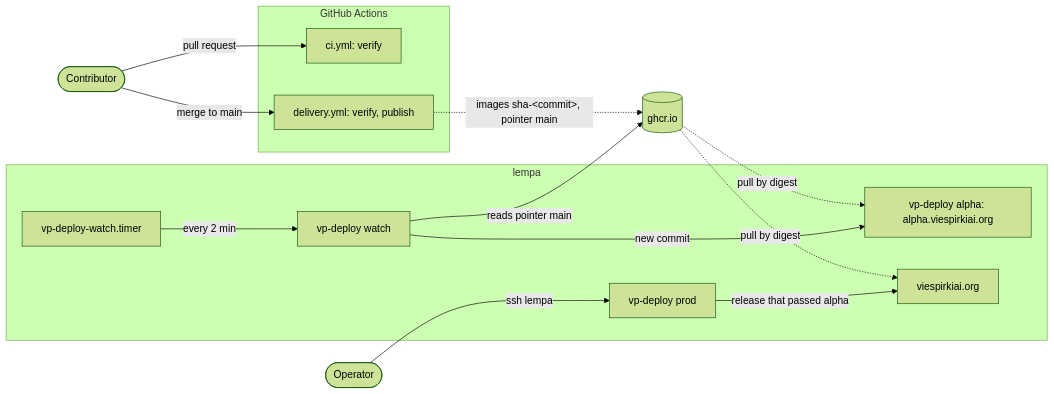
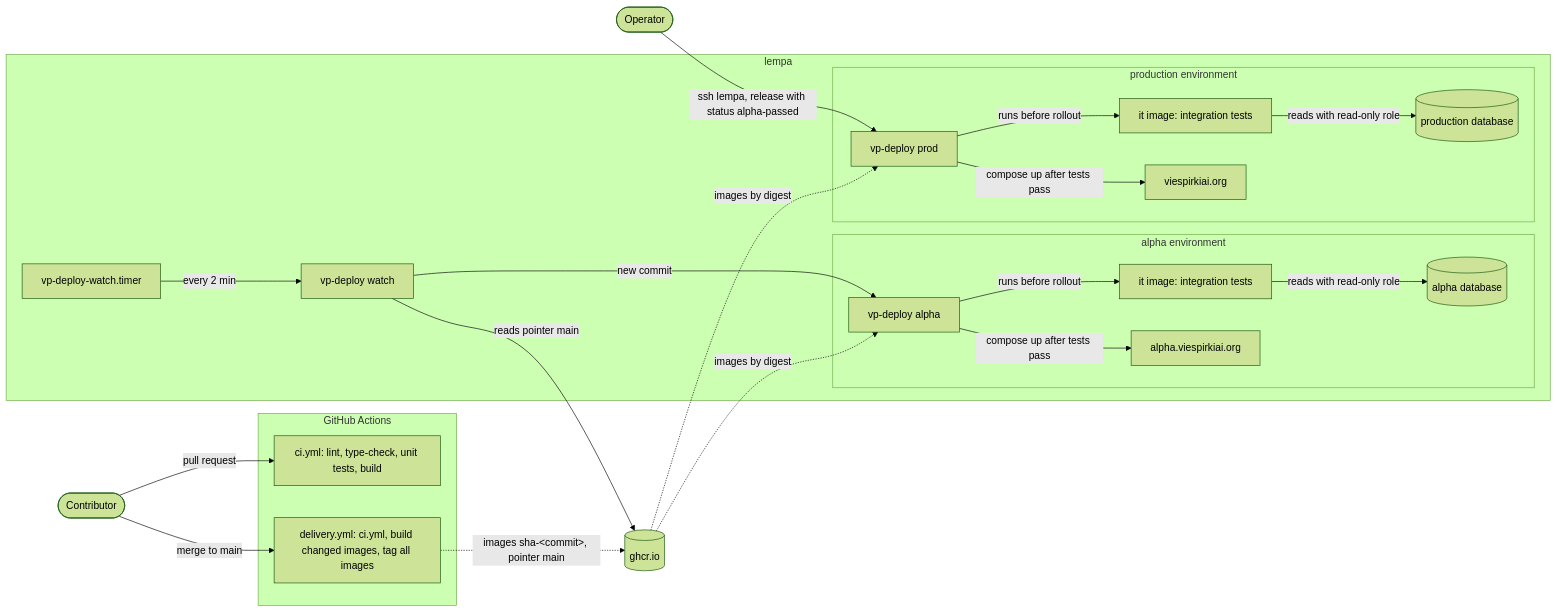
One commit to Viespirkiu-grupe/viespirkiai changed the sixth of 10 diagrams in docs/architecture/architecture-upgrade.md. Above: the diagram before and after it, drawn with Mermaid (forest theme). The commit also changed other lines of this file, not shown here.

````diff
--- a/docs/architecture/architecture-upgrade.md
+++ b/docs/architecture/architecture-upgrade.md
@@ -865,31 +869,45 @@
 ```mermaid
 flowchart LR
     Contributor(["Contributor"])
     Operator(["Operator"])
 
     subgraph gha["GitHub Actions"]
-        ci["ci.yml: verify"]
-        delivery["delivery.yml: verify, publish"]
+        ci["ci.yml: lint, type-check, unit tests, build"]
+        delivery["delivery.yml: ci.yml, build changed images, tag all images"]
     end
 
     ghcr[("ghcr.io")]
 
     subgraph lempa["lempa"]
         timer["vp-deploy-watch.timer"]
         watch["vp-deploy watch"]
-        alpha["vp-deploy alpha: alpha.viespirkiai.org"]
-        prodcmd["vp-deploy prod"]
-        prod["viespirkiai.org"]
+        subgraph alphaenv["alpha environment"]
+            alphadeploy["vp-deploy alpha"]
+            alphait["it image: integration tests"]
+            alphadb[("alpha database")]
+            alphaapps["alpha.viespirkiai.org"]
+        end
+        subgraph prodenv["production environment"]
+            proddeploy["vp-deploy prod"]
+            prodit["it image: integration tests"]
+            proddb[("production database")]
+            prodapps["viespirkiai.org"]
+        end
     end
 
     Contributor -->|pull request| ci
     Contributor -->|merge to main| delivery
     delivery -.->|" images sha-#lt;commit#gt;, pointer main "| ghcr
     timer -->|every 2 min| watch
     watch -->|reads pointer main| ghcr
-    watch -->|new commit| alpha
-    Operator -->|ssh lempa| prodcmd
-    prodcmd -->|release that passed alpha| prod
-    ghcr -.->|pull by digest| alpha
-    ghcr -.->|pull by digest| prod
+    watch -->|new commit| alphadeploy
+    ghcr -.->|images by digest| alphadeploy
+    alphadeploy -->|runs before rollout| alphait
+    alphait -->|reads with read-only role| alphadb
+    alphadeploy -->|compose up after tests pass| alphaapps
+    Operator -->|ssh lempa, release with status alpha-passed| proddeploy
+    ghcr -.->|images by digest| proddeploy
+    proddeploy -->|runs before rollout| prodit
+    prodit -->|reads with read-only role| proddb
+    proddeploy -->|compose up after tests pass| prodapps
 ```
````
